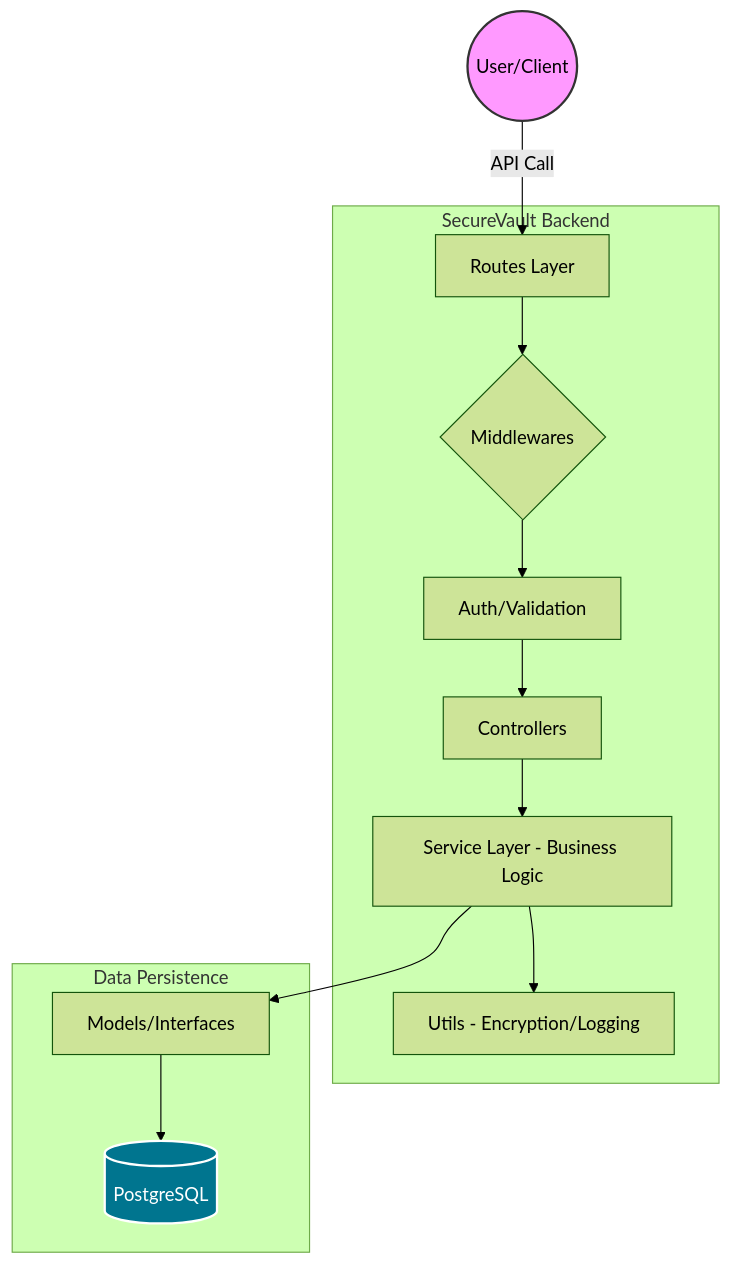
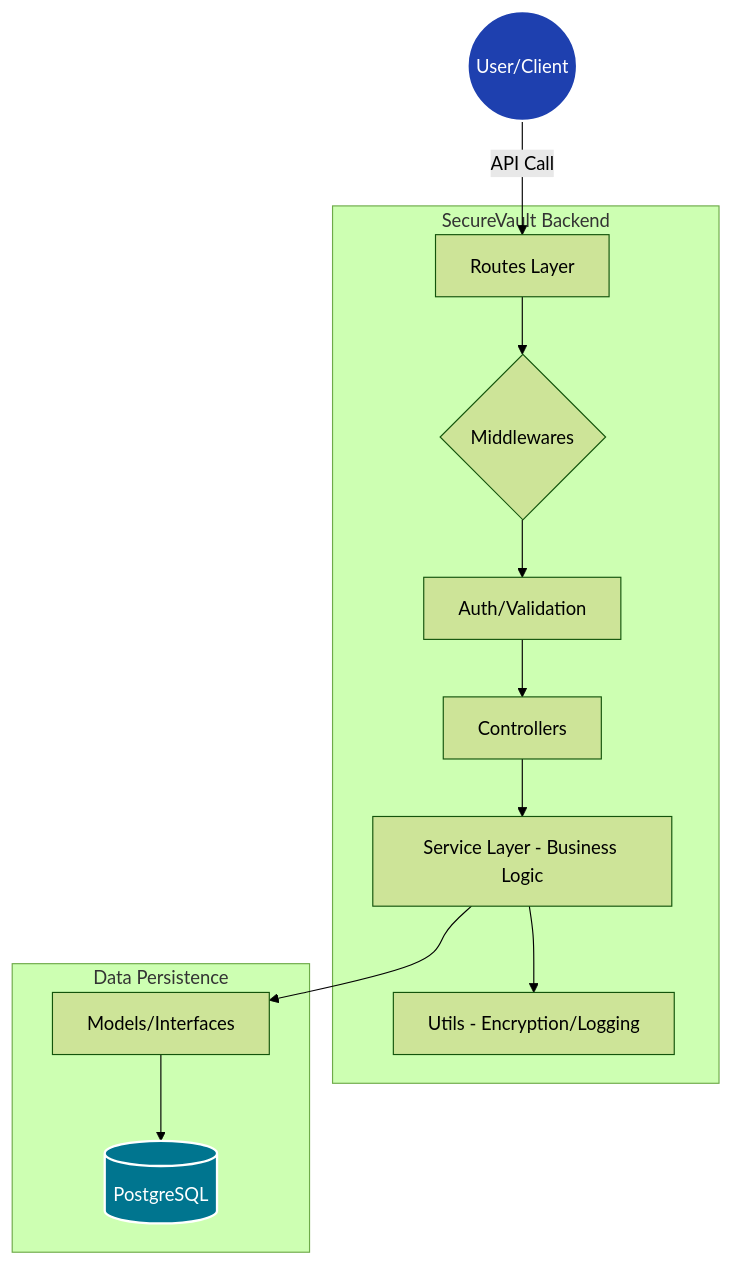
One commit to pranitap123/securevault-backend changed the diagram in README.md. Above: the diagram before and after it, drawn with Mermaid (forest theme).

Commit message:
docs: update architecture diagram colors for better visibility

````diff
--- a/README.md
+++ b/README.md
@@ -15,21 +15,21 @@
 ```mermaid
 graph TD
     User((User/Client)) -->|API Call| Routes[Routes Layer]
 
     subgraph Express_App [SecureVault Backend]
         Routes --> Middlewares{Middlewares}
         Middlewares --> Auth[Auth/Validation]
         Auth --> Controllers[Controllers]
         Controllers --> Services[Service Layer - Business Logic]
         Services --> Utils[Utils - Encryption/Logging]
     end
 
     subgraph Data_Layer [Data Persistence]
         Services --> Models[Models/Interfaces]
         Models --> DB[(PostgreSQL)]
     end
 
     %% Styling
-    style User fill:#f9f,stroke:#333,stroke-width:2px
+    style User fill:#1e40af,stroke:#fff,stroke-width:2px,color:#fff
     style DB fill:#00758f,stroke:#fff,stroke-width:2px,color:#fff
 ```
````
